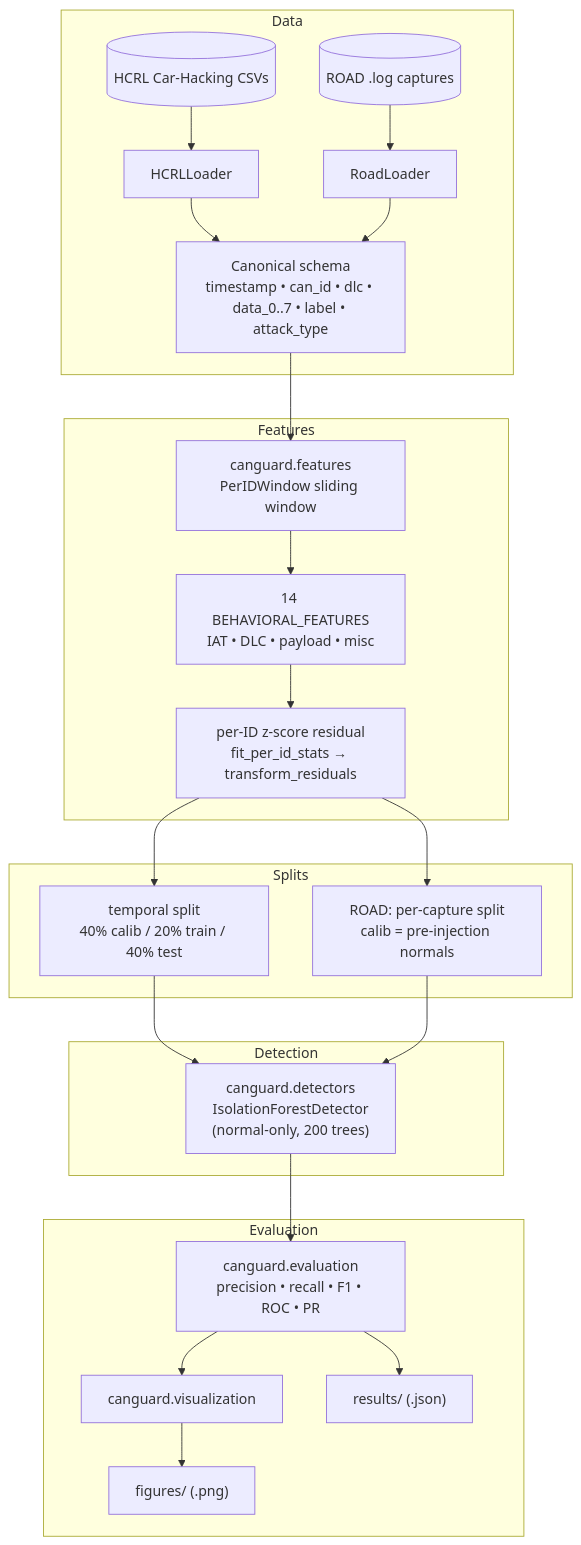
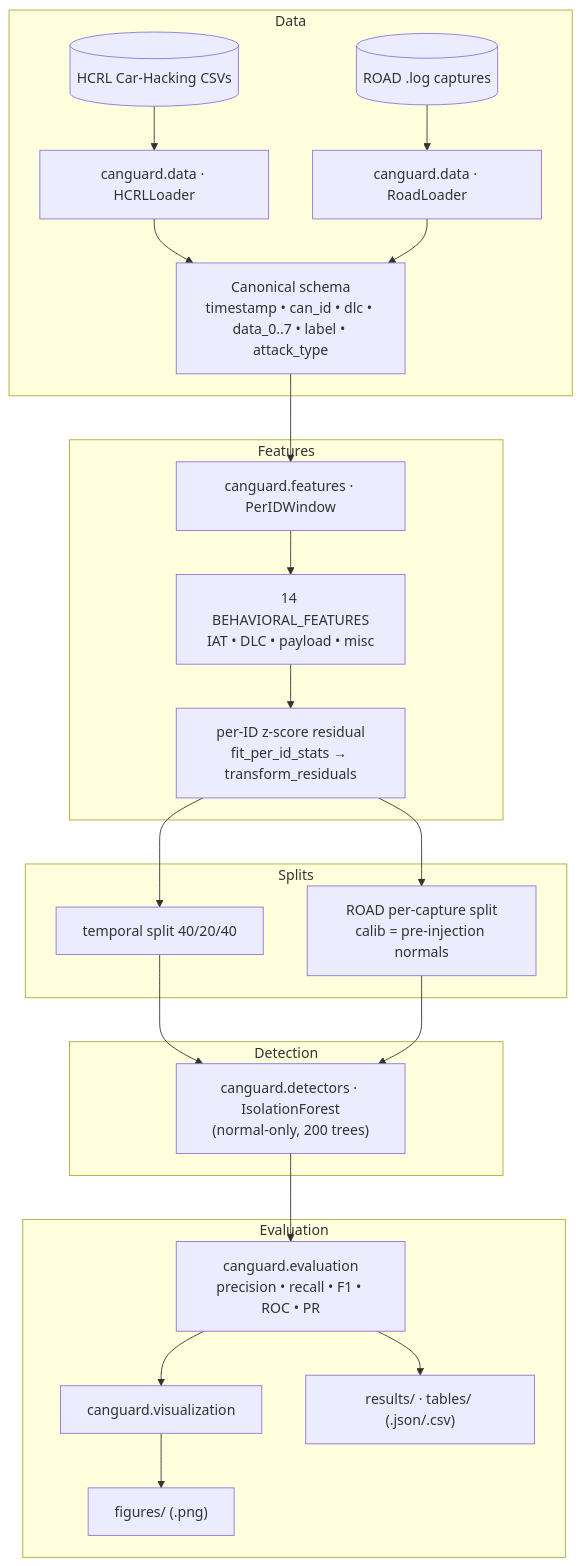
One commit to ChandanHegde07/CANguard changed the diagram in README.md. Above: the diagram before and after it, drawn with Mermaid. The commit also changed other lines of this file, not shown here.

````diff
--- a/README.md
+++ b/README.md
@@ -7,32 +7,32 @@
 ```mermaid
 flowchart TD
     subgraph Data
-        H[("HCRL Car-Hacking CSVs")] --> HL["HCRLLoader"]
-        R[("ROAD .log captures")] --> RL["RoadLoader"]
+        H[("HCRL Car-Hacking CSVs")] --> HL["canguard.data · HCRLLoader"]
+        R[("ROAD .log captures")] --> RL["canguard.data · RoadLoader"]
         HL --> CS["Canonical schema<br/>timestamp • can_id • dlc • data_0..7 • label • attack_type"]
         RL --> CS
     end
 
     subgraph Features
-        CS --> Win["canguard.features<br/>PerIDWindow sliding window"]
+        CS --> Win["canguard.features · PerIDWindow"]
         Win --> BF["14 BEHAVIORAL_FEATURES<br/>IAT • DLC • payload • misc"]
         BF --> Res["per-ID z-score residual<br/>fit_per_id_stats → transform_residuals"]
     end
 
     subgraph Splits
-        Res --> SPLIT["temporal split<br/>40% calib / 20% train / 40% test"]
-        Res --> PERCAP["ROAD: per-capture split<br/>calib = pre-injection normals"]
+        Res --> TR["temporal split 40/20/40"]
+        Res --> PC["ROAD per-capture split<br/>calib = pre-injection normals"]
     end
 
     subgraph Detection
-        SPLIT --> IF["canguard.detectors<br/>IsolationForestDetector<br/>(normal-only, 200 trees)"]
-        PERCAP --> IF
+        TR --> IF["canguard.detectors · IsolationForest<br/>(normal-only, 200 trees)"]
+        PC --> IF
     end
 
     subgraph Evaluation
-        IF --> Metrics["canguard.evaluation<br/>precision • recall • F1 • ROC • PR"]
-        Metrics --> Viz["canguard.visualization"]
-        Viz --> Figs["figures/ (.png)"]
-        Metrics --> ResOut["results/ (.json)"]
+        IF --> M["canguard.evaluation<br/>precision • recall • F1 • ROC • PR"]
+        M --> V["canguard.visualization"]
+        V --> F["figures/ (.png)"]
+        M --> O["results/ · tables/ (.json/.csv)"]
     end
 ```
````
